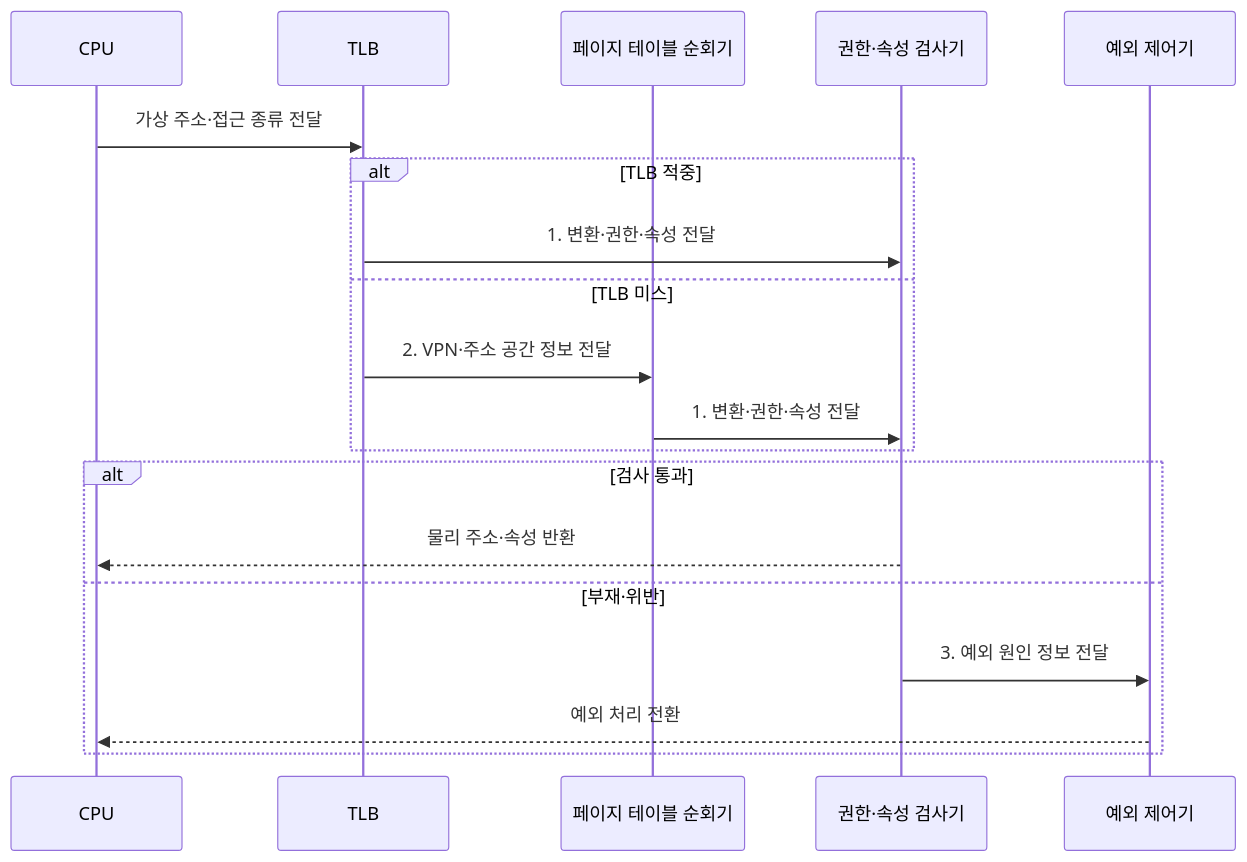
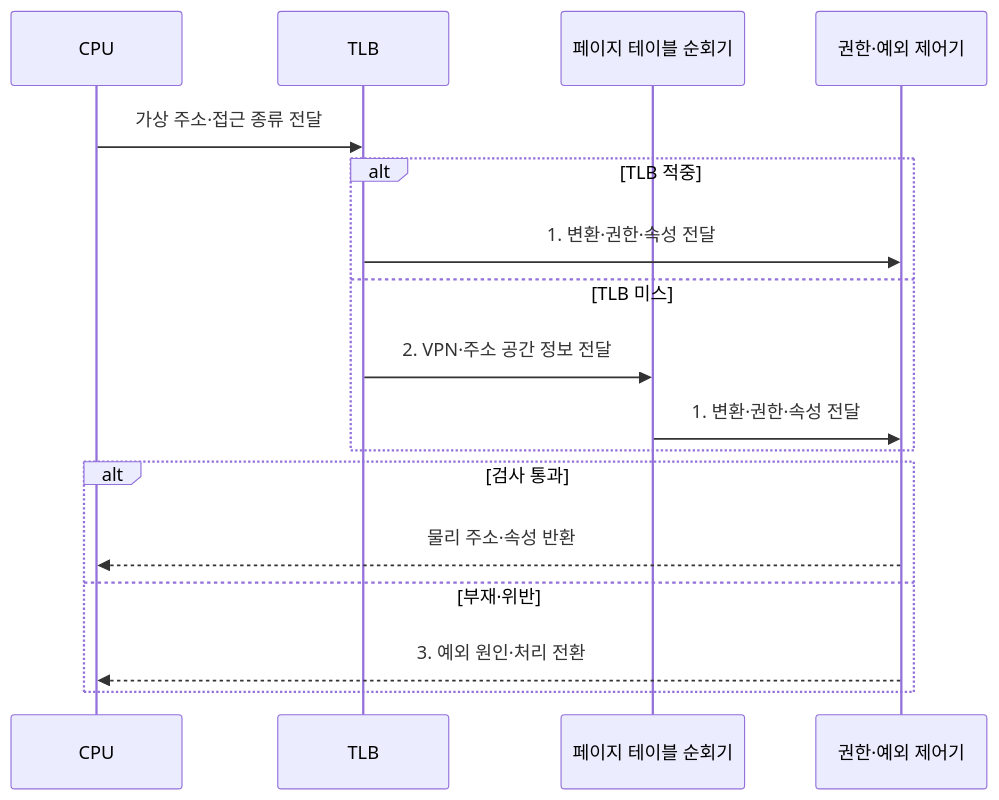
Before and after one commit to agnusdei1207/knowledge-base: the second of 2 diagrams in src/content/docs/notes/02-hardware/020_mmu.md, drawn with Mermaid. The commit also changed other lines of this file and 1 other file, not shown here.

Commit message:
Reduce memory hierarchy flow actors

````diff
--- a/src/content/docs/notes/02-hardware/020_mmu.md
+++ b/src/content/docs/notes/02-hardware/020_mmu.md
@@ -94,21 +94,19 @@
 ```mermaid
 sequenceDiagram
     participant C as CPU
     participant T as TLB
     participant W as 페이지 테이블 순회기
-    participant P as 권한·속성 검사기
-    participant E as 예외 제어기
+    participant P as 권한·예외 제어기
     C->>T: 가상 주소·접근 종류 전달
     alt TLB 적중
         T->>P: 1. 변환·권한·속성 전달
     else TLB 미스
         T->>W: 2. VPN·주소 공간 정보 전달
         W->>P: 1. 변환·권한·속성 전달
     end
     alt 검사 통과
         P-->>C: 물리 주소·속성 반환
     else 부재·위반
-        P->>E: 3. 예외 원인 정보 전달
-        E-->>C: 예외 처리 전환
+        P-->>C: 3. 예외 원인·처리 전환
     end
 ```
````
